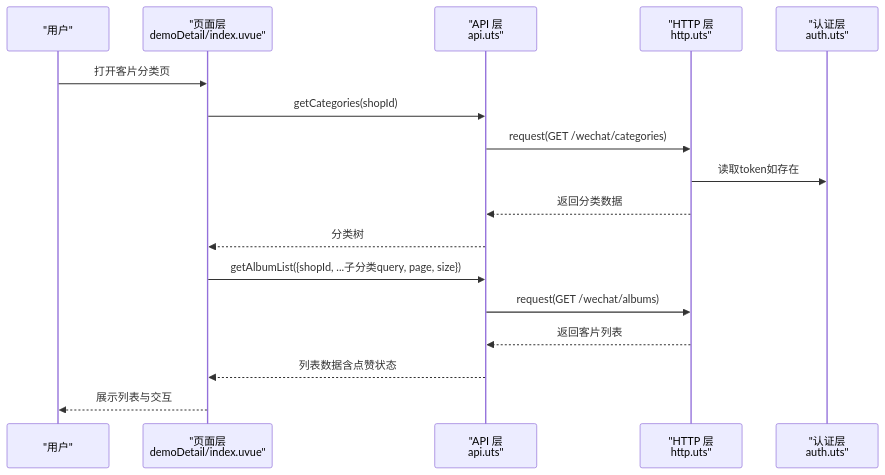
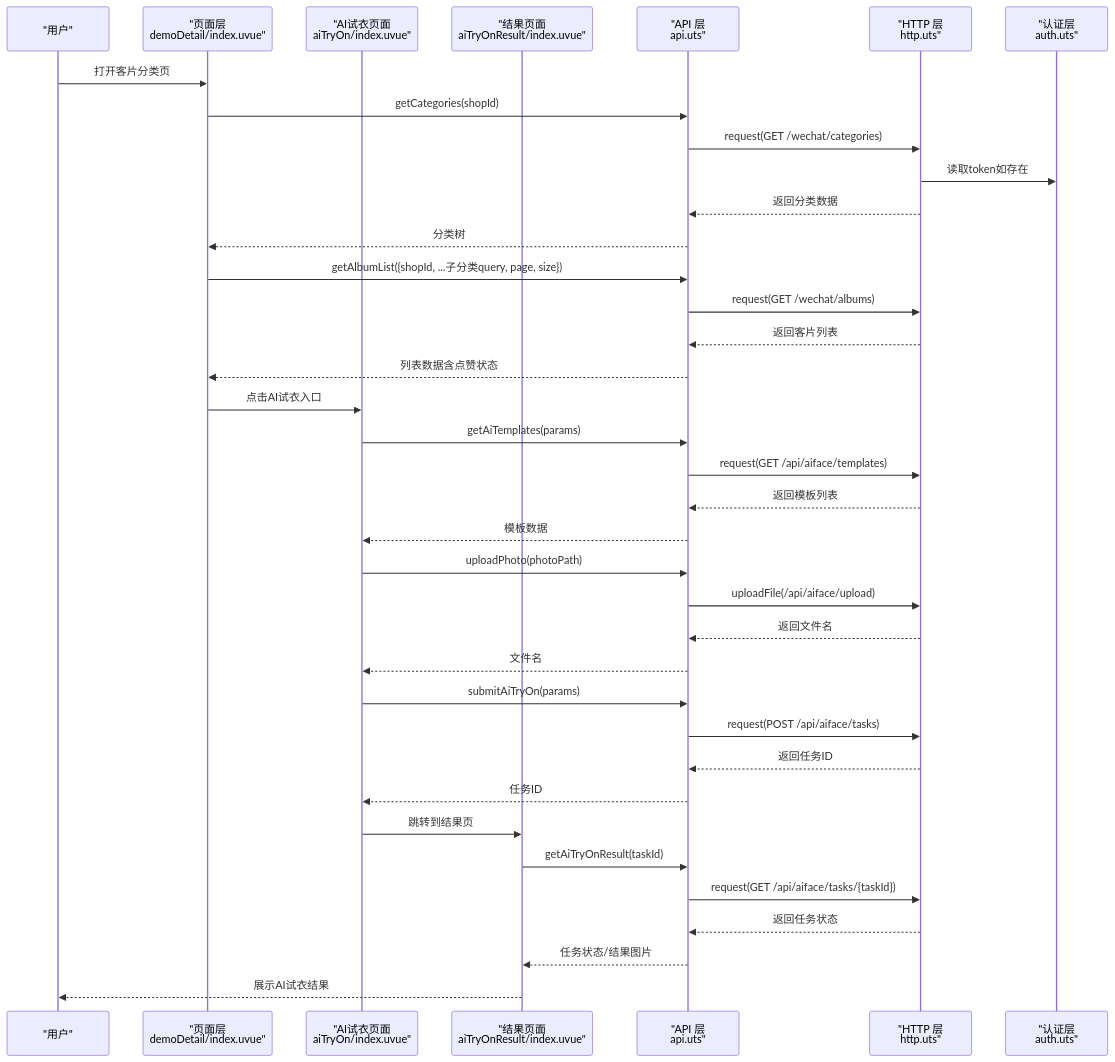
The second of 8 diagrams in .qoder/repowiki/zh/content/核心功能模块/客片管理系统/客片管理系统.md (crazyma99/blueberry), drawn with Mermaid before and after one commit. The commit also changed other lines of this file and 8 other files, not shown here.

````diff
--- a/.qoder/repowiki/zh/content/核心功能模块/客片管理系统/客片管理系统.md
+++ b/.qoder/repowiki/zh/content/核心功能模块/客片管理系统/客片管理系统.md
@@ -131,19 +151,39 @@
 ```mermaid
 sequenceDiagram
 participant U as "用户"
 participant P as "页面层<br/>demoDetail/index.uvue"
+participant A as "AI试衣页面<br/>aiTryOn/index.uvue"
+participant R as "结果页面<br/>aiTryOnResult/index.uvue"
 participant API as "API 层<br/>api.uts"
 participant HTTP as "HTTP 层<br/>http.uts"
 participant AUTH as "认证层<br/>auth.uts"
 U->>P : 打开客片分类页
 P->>API : getCategories(shopId)
 API->>HTTP : request(GET /wechat/categories)
 HTTP->>AUTH : 读取token如存在
 HTTP-->>API : 返回分类数据
 API-->>P : 分类树
 P->>API : getAlbumList({shopId, ...子分类query, page, size})
 API->>HTTP : request(GET /wechat/albums)
 HTTP-->>API : 返回客片列表
 API-->>P : 列表数据含点赞状态
-P-->>U : 展示列表与交互
+P->>A : 点击AI试衣入口
+A->>API : getAiTemplates(params)
+API->>HTTP : request(GET /api/aiface/templates)
+HTTP-->>API : 返回模板列表
+API-->>A : 模板数据
+A->>API : uploadPhoto(photoPath)
+API->>HTTP : uploadFile(/api/aiface/upload)
+HTTP-->>API : 返回文件名
+API-->>A : 文件名
+A->>API : submitAiTryOn(params)
+API->>HTTP : request(POST /api/aiface/tasks)
+HTTP-->>API : 返回任务ID
+API-->>A : 任务ID
+A->>R : 跳转到结果页
+R->>API : getAiTryOnResult(taskId)
+API->>HTTP : request(GET /api/aiface/tasks/{taskId})
+HTTP-->>API : 返回任务状态
+API-->>R : 任务状态/结果图片
+R-->>U : 展示AI试衣结果
 ```
````
